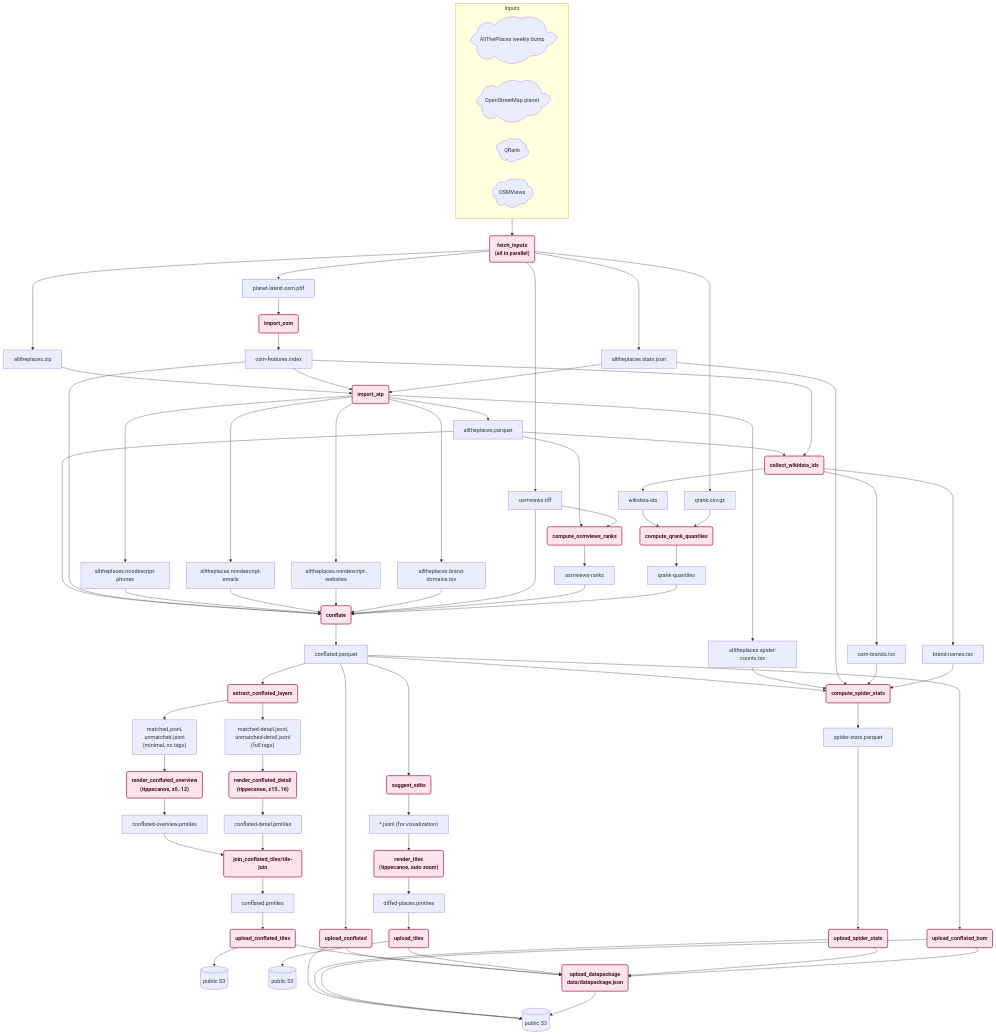
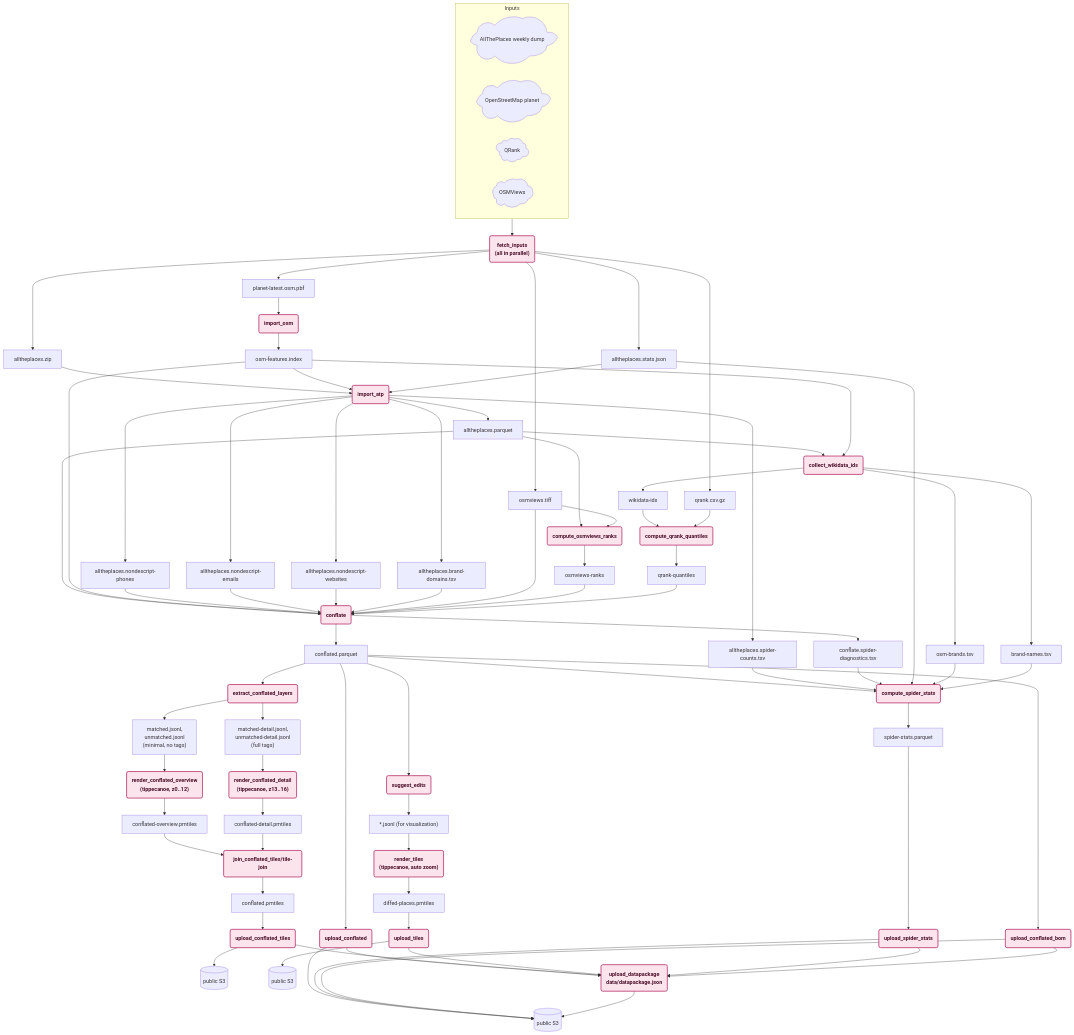
One commit to brawer/osmdiffs changed the diagram in docs/TECHNICAL_DESIGN.md. Above: the diagram before and after it, drawn with Mermaid. The commit also changed other lines of this file and 5 other files, not shown here.

First line of the commit message:
feat(conflate): add matcher diagnostics to the spider stats (#937)

```diff
--- a/docs/TECHNICAL_DESIGN.md
+++ b/docs/TECHNICAL_DESIGN.md
@@ -227,6 +227,7 @@
     OSMVIEWS_R --> CONFLATE
     QRANK_Q --> CONFLATE
     CONFLATE --> CONFLATED[conflated.parquet]
+    CONFLATE --> DIAGNOSTICS[conflate.spider-diagnostics.tsv]
     CONFLATED --> UPLOAD_CONFLATED(upload_conflated) --> S3A[("public S3")]
 
     CONFLATED --> EXTRACT_CONFLATED_LAYERS(extract_conflated_layers)
@@ -241,6 +242,7 @@
 
     CONFLATED --> SPIDER_STATS(compute_spider_stats)
     SPIDER_COUNTS --> SPIDER_STATS
+    DIAGNOSTICS --> SPIDER_STATS
     ATP_STATS --> SPIDER_STATS
     OSM_BRANDS --> SPIDER_STATS
     BRAND_NAMES --> SPIDER_STATS
```
